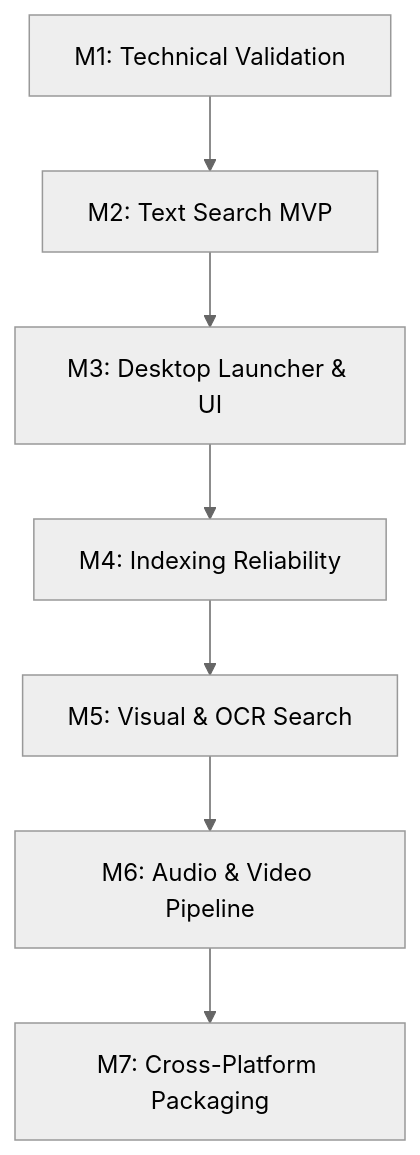
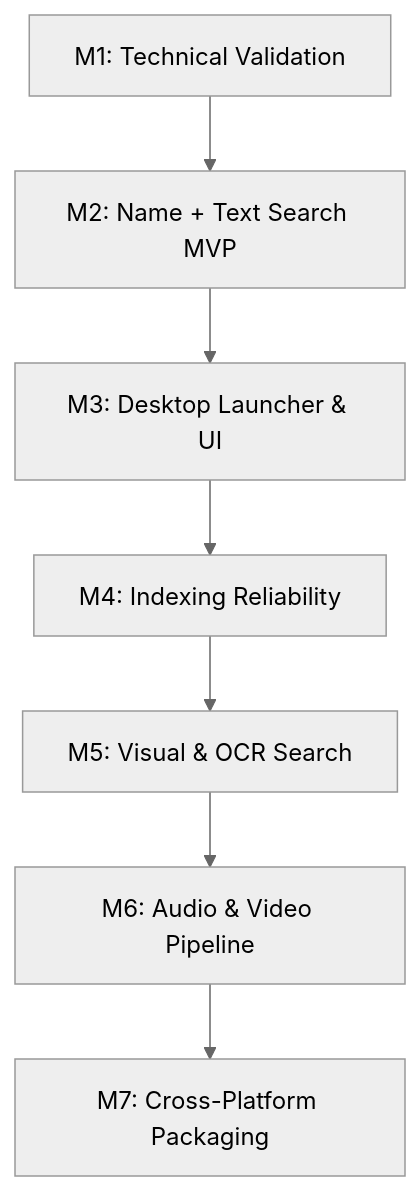
One commit to KrisnaSantosa15/search-by-memory changed the diagram in implementation/PRD.md. Above: the diagram before and after it, drawn with Mermaid (neutral theme). The commit also changed other lines of this file, not shown here.

````diff
--- a/implementation/PRD.md
+++ b/implementation/PRD.md
@@ -363,9 +423,9 @@
 ```mermaid
 graph TD
-    M1[M1: Technical Validation] --> M2[M2: Text Search MVP]
+    M1[M1: Technical Validation] --> M2[M2: Name + Text Search MVP]
     M2 --> M3[M3: Desktop Launcher & UI]
     M3 --> M4[M4: Indexing Reliability]
     M4 --> M5[M5: Visual & OCR Search]
     M5 --> M6[M6: Audio & Video Pipeline]
     M6 --> M7[M7: Cross-Platform Packaging]
 ```
````
